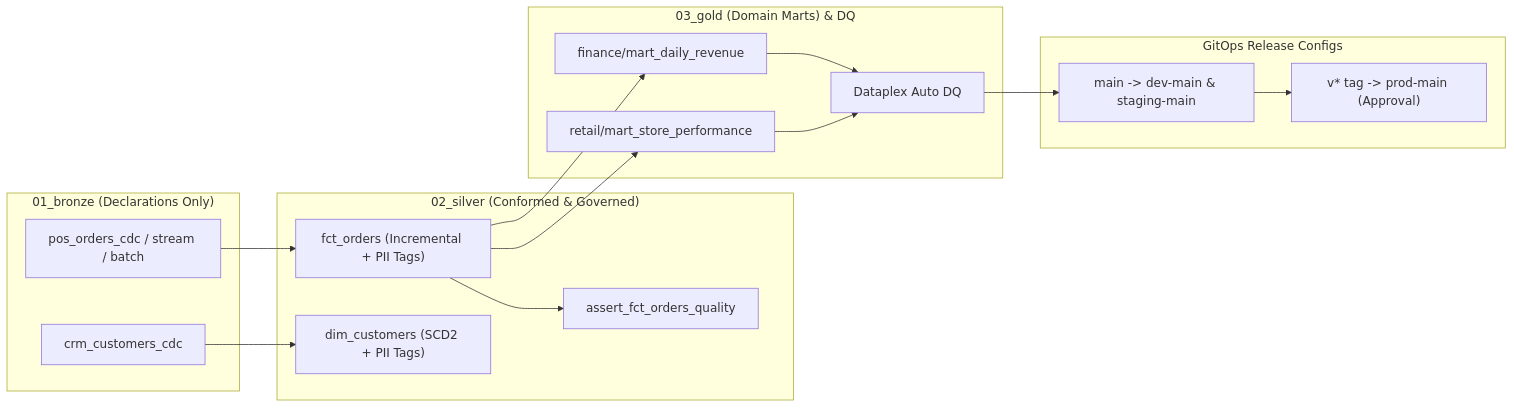
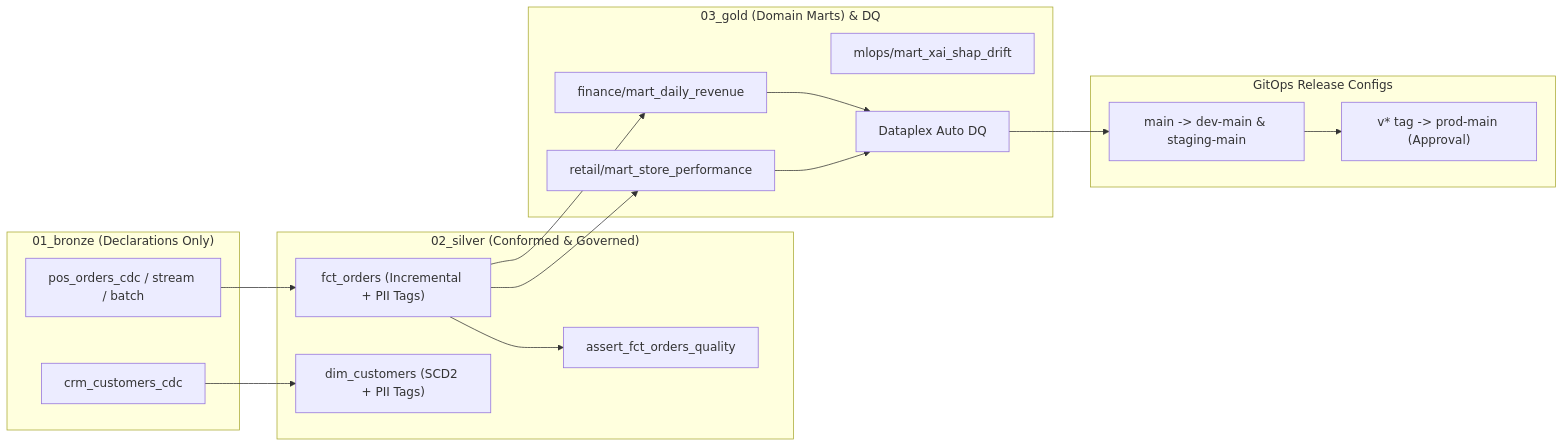
Before and after one commit to choo737/gcp-data-medallion: the diagram in docs/02-enterprise-operationalization-guide.md, drawn with Mermaid. The commit also changed other lines of this file and 16 other files, not shown here.

Commit message:
feat: add point-in-time ML features, TreeSHAP additivity assertion, and drift mart

````diff
--- a/docs/02-enterprise-operationalization-guide.md
+++ b/docs/02-enterprise-operationalization-guide.md
@@ -11,29 +11,30 @@
 ```mermaid
 flowchart LR
   subgraph Bronze["01_bronze (Declarations Only)"]
     B1["pos_orders_cdc / stream / batch"]
     B2["crm_customers_cdc"]
   end
 
   subgraph Silver["02_silver (Conformed & Governed)"]
     S1["fct_orders (Incremental + PII Tags)"]
     S2["dim_customers (SCD2 + PII Tags)"]
     A1["assert_fct_orders_quality"]
   end
 
   subgraph Gold["03_gold (Domain Marts) & DQ"]
     G1["finance/mart_daily_revenue"]
     G2["retail/mart_store_performance"]
+    G3["mlops/mart_xai_shap_drift"]
     DQ["Dataplex Auto DQ"]
   end
 
   subgraph Promote["GitOps Release Configs"]
     D["main -> dev-main & staging-main"]
     P["v* tag -> prod-main (Approval)"]
   end
 
   B1 --> S1 --> A1
   B2 --> S2
   S1 --> G1 --> DQ --> D --> P
   S1 --> G2 --> DQ
 ```
````
